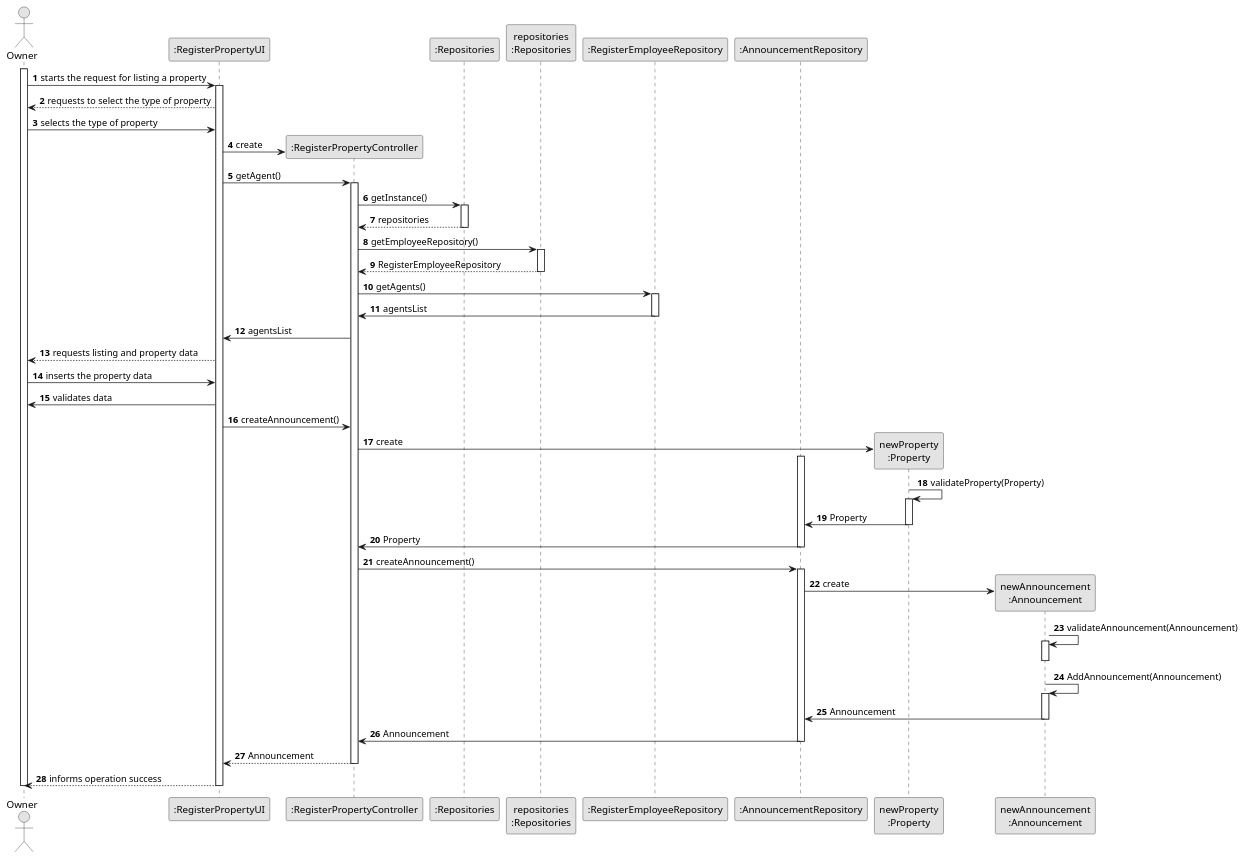
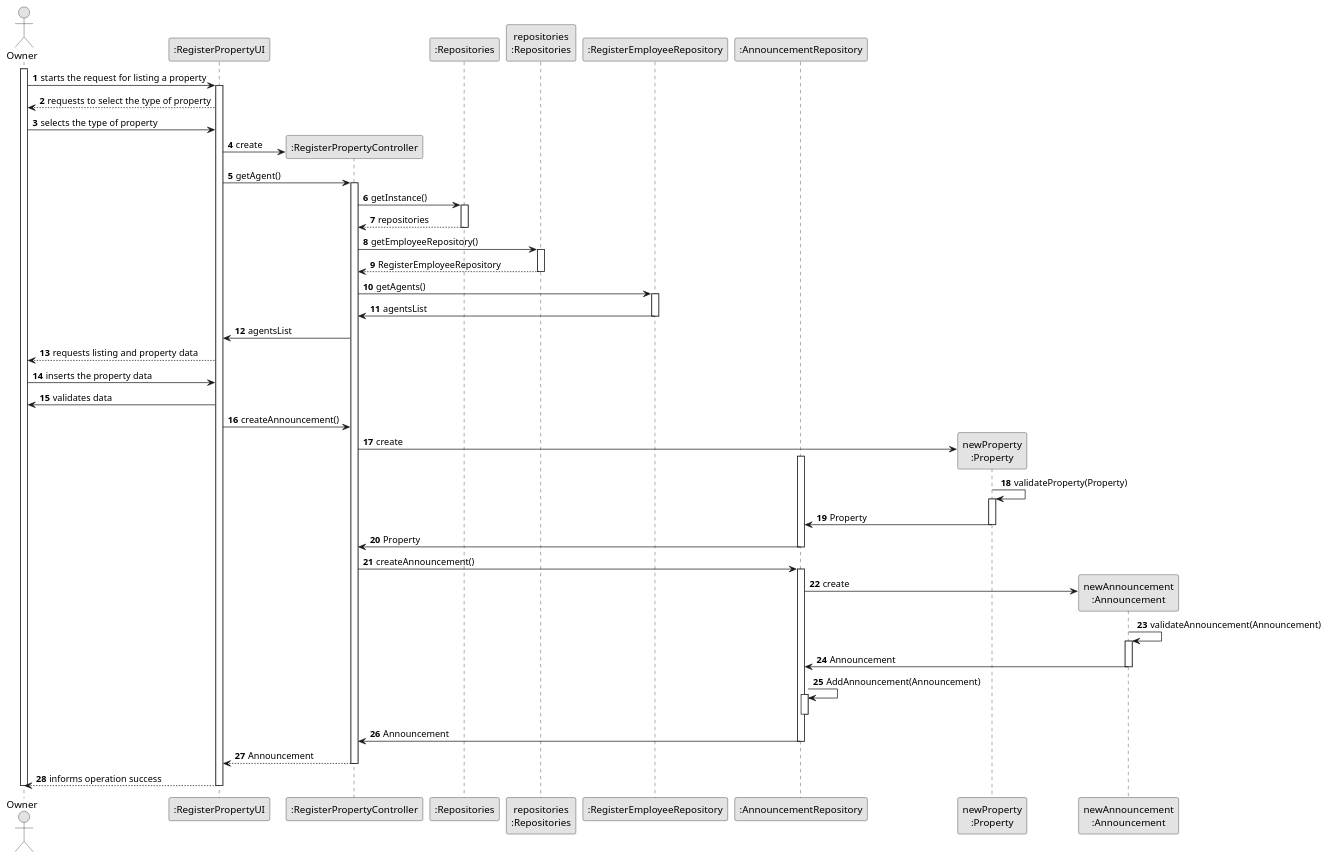
The diagram in docs/sprintB/US004/03.design/puml/US004-SD.puml (tiagohcorreia/LAPR2), drawn with PlantUML before and after one commit.

Commit message:
US04 - SD Update

```diff
--- a/docs/sprintB/US004/03.design/puml/US004-SD.puml
+++ b/docs/sprintB/US004/03.design/puml/US004-SD.puml
@@ -1,89 +1,90 @@
 @startuml
 skinparam monochrome true
 skinparam packageStyle rectangle
 skinparam shadowing false
 
 autonumber
 
 'hide footbox
 actor Owner as owner
 participant ":RegisterPropertyUI" as ui
 participant ":RegisterPropertyController" as ctrl
 participant ":Repositories" as RepositorySingleton
 participant "repositories\n:Repositories" as rep
 participant ":RegisterEmployeeRepository" as repEmp
 participant ":AnnouncementRepository" as repAnounc
 participant "newProperty\n:Property" as property
 participant "newAnnouncement\n:Announcement" as announcement
 
 activate owner
 
         owner -> ui : starts the request for listing a property
 
         activate ui
 
         ui--> owner : requests to select the type of property
 
         owner -> ui: selects the type of property
 
         ui -> ctrl** : create
 
         ui-> ctrl: getAgent()
 
         activate ctrl
 
         ctrl -> RepositorySingleton: getInstance()
         activate RepositorySingleton
         RepositorySingleton --> ctrl: repositories
         deactivate RepositorySingleton
 
         ctrl -> rep: getEmployeeRepository()
         activate rep
         rep--> ctrl: RegisterEmployeeRepository
         deactivate rep
 
         ctrl ->repEmp: getAgents()
         activate repEmp
         repEmp -> ctrl: agentsList
         deactivate repEmp
 
         ctrl-> ui: agentsList
 
         ui --> owner : requests listing and property data
 
         owner -> ui : inserts the property data
 
         ui-> owner: validates data
 
         ui -> ctrl: createAnnouncement()
         ctrl -> property**: create
         activate repAnounc
         property -> property: validateProperty(Property)
         activate property
         property -> repAnounc: Property
         deactivate property
         repAnounc-> ctrl: Property
         deactivate repAnounc
         deactivate repAnounc
         ctrl -> repAnounc: createAnnouncement()
         activate repAnounc
         repAnounc-> announcement**: create
         announcement -> announcement: validateAnnouncement(Announcement)
         activate announcement
-        deactivate announcement
-        announcement -> announcement:AddAnnouncement(Announcement)
-        activate announcement
         announcement->repAnounc: Announcement
         deactivate announcement
+        repAnounc -> repAnounc:AddAnnouncement(Announcement)
+        activate repAnounc
+
+        deactivate repAnounc
         repAnounc ->ctrl: Announcement
         deactivate repAnounc
 
             ctrl --> ui: Announcement
         deactivate ctrl
             ui --> owner: informs operation success
         deactivate ui
 
 deactivate owner
 
 
           @enduml
```
